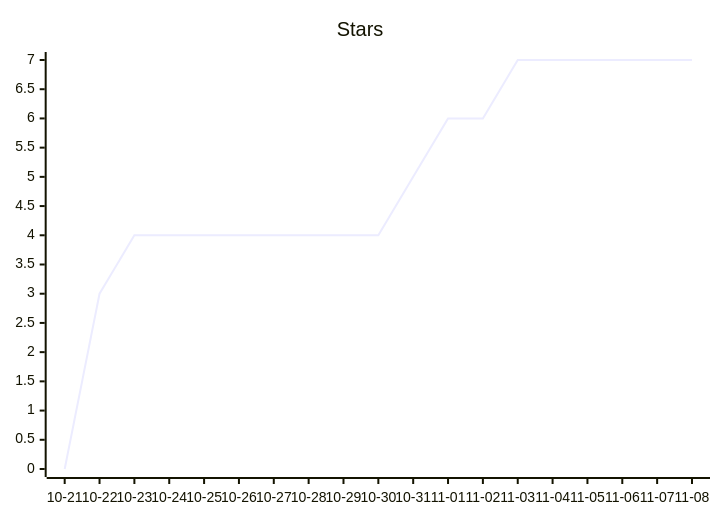
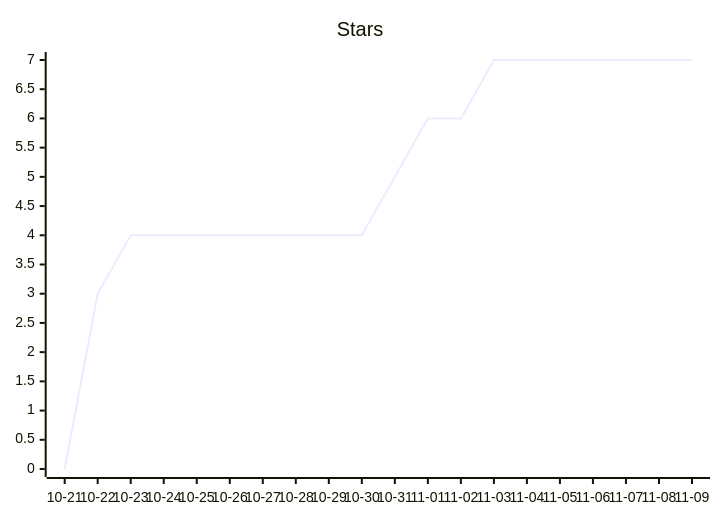
The second of 3 diagrams in README.md (ArtemkaGoldMan/ContextSwitcher), drawn with Mermaid before and after one commit. The commit also changed other lines of this file and 6 other files, not shown here.

````diff
--- a/README.md
+++ b/README.md
@@ -43,6 +43,6 @@
 ```mermaid
 xychart-beta
     title "Stars"
-    x-axis ["10-21", "10-22", "10-23", "10-24", "10-25", "10-26", "10-27", "10-28", "10-29", "10-30", "10-31", "11-01", "11-02", "11-03", "11-04", "11-05", "11-06", "11-07", "11-08"]
-    line [0, 3, 4, 4, 4, 4, 4, 4, 4, 4, 5, 6, 6, 7, 7, 7, 7, 7, 7]
+    x-axis ["10-21", "10-22", "10-23", "10-24", "10-25", "10-26", "10-27", "10-28", "10-29", "10-30", "10-31", "11-01", "11-02", "11-03", "11-04", "11-05", "11-06", "11-07", "11-08", "11-09"]
+    line [0, 3, 4, 4, 4, 4, 4, 4, 4, 4, 5, 6, 6, 7, 7, 7, 7, 7, 7, 7]
 ```
````
